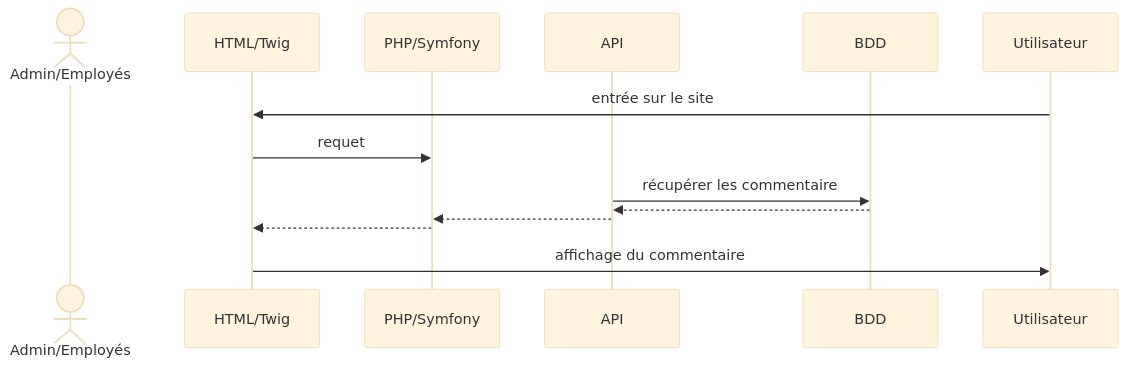
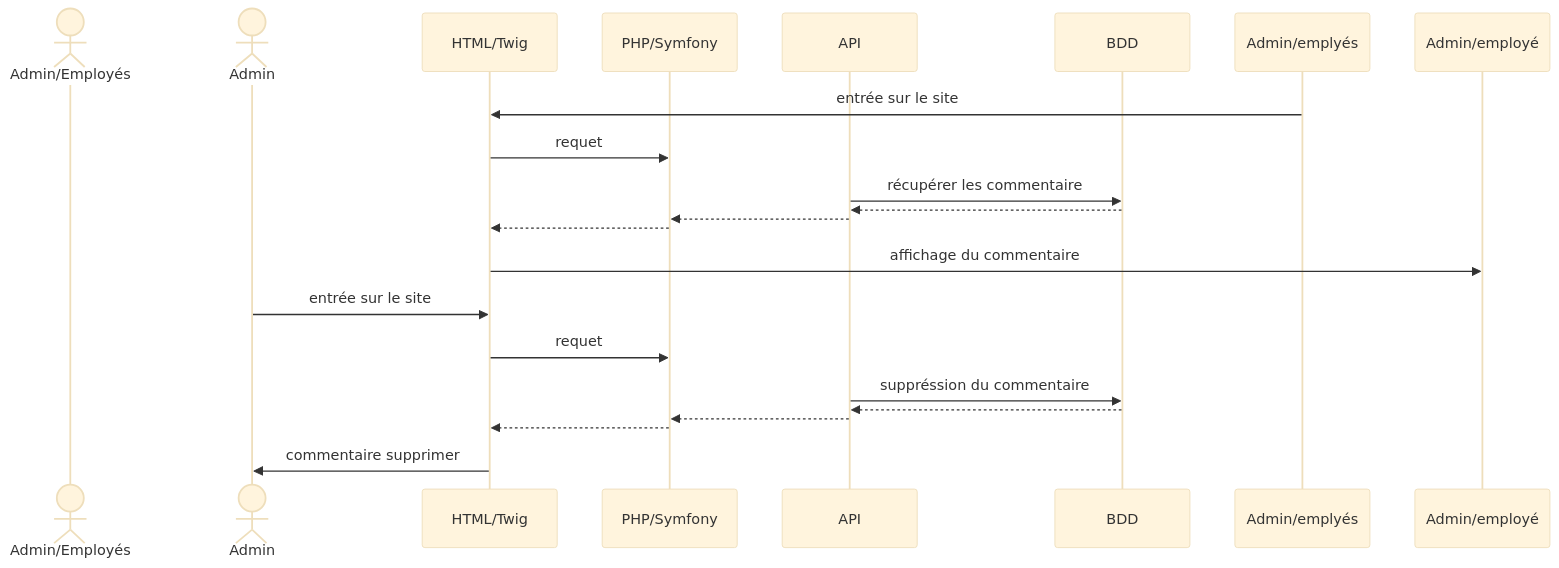
The diagram in docs/sequencecommentaires.md (pickypou/garage-back), drawn with Mermaid (base theme) before and after one commit. The commit also changed 2 other files, not shown here.

Commit message:
sequencecommentaires.md

````diff
--- a/docs/sequencecommentaires.md
+++ b/docs/sequencecommentaires.md
@@ -5,15 +5,25 @@
 ```mermaid
 sequenceDiagram
-actor Admin/Employés
+    actor Admin/Employés
+    actor Admin
     participant HTML/Twig
     participant PHP/Symfony
     participant API
     participant BDD
-Utilisateur ->> HTML/Twig: entrée sur le site
+
+Admin/emplyés ->> HTML/Twig: entrée sur le site
 HTML/Twig ->> PHP/Symfony: requet
 API ->> BDD: récupérer les commentaire
 BDD -->> API: 
 API -->> PHP/Symfony: 
 PHP/Symfony -->>HTML/Twig:
-HTML/Twig ->> Utilisateur: affichage du commentaire
+HTML/Twig ->> Admin/employé: affichage du commentaire
+
+Admin ->> HTML/Twig: entrée sur le site
+HTML/Twig ->> PHP/Symfony: requet
+API ->> BDD: suppréssion du commentaire
+BDD -->> API: 
+API -->> PHP/Symfony: 
+PHP/Symfony -->>HTML/Twig:
+HTML/Twig ->> Admin: commentaire supprimer
 ```
````
